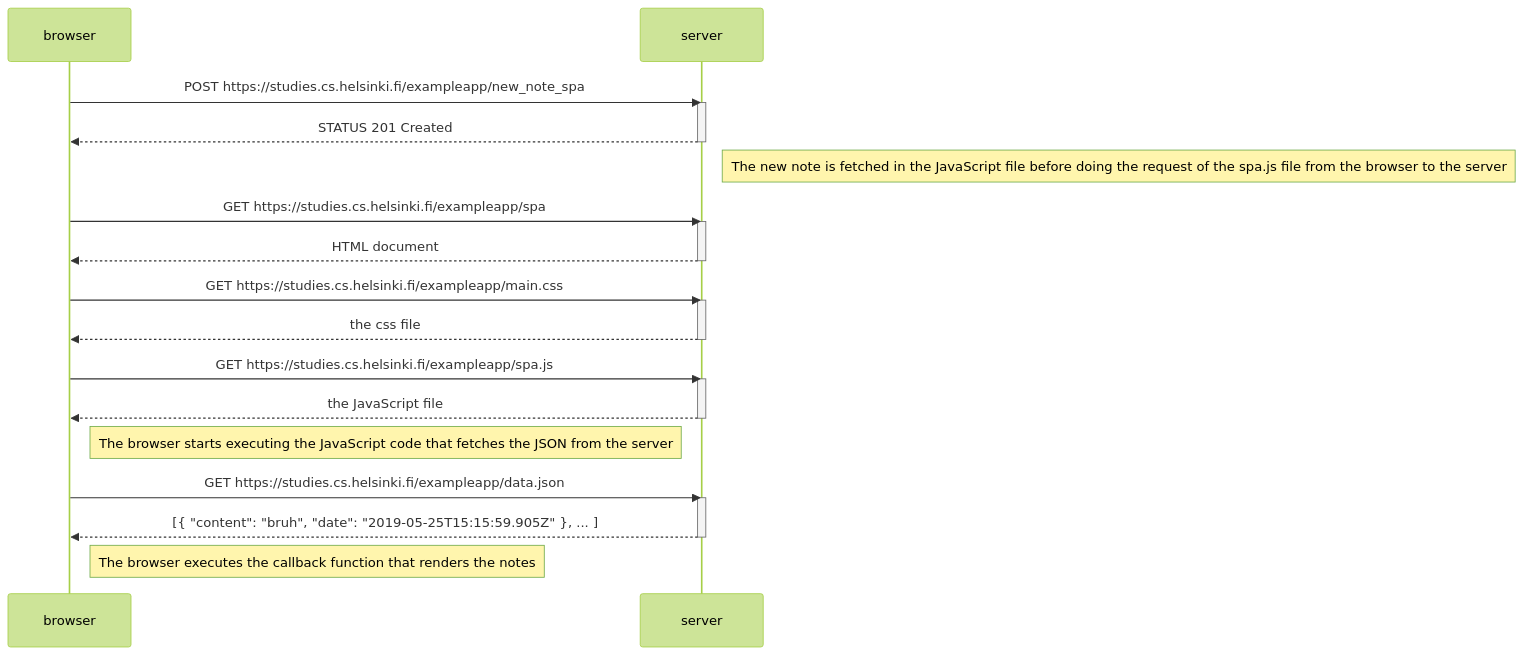
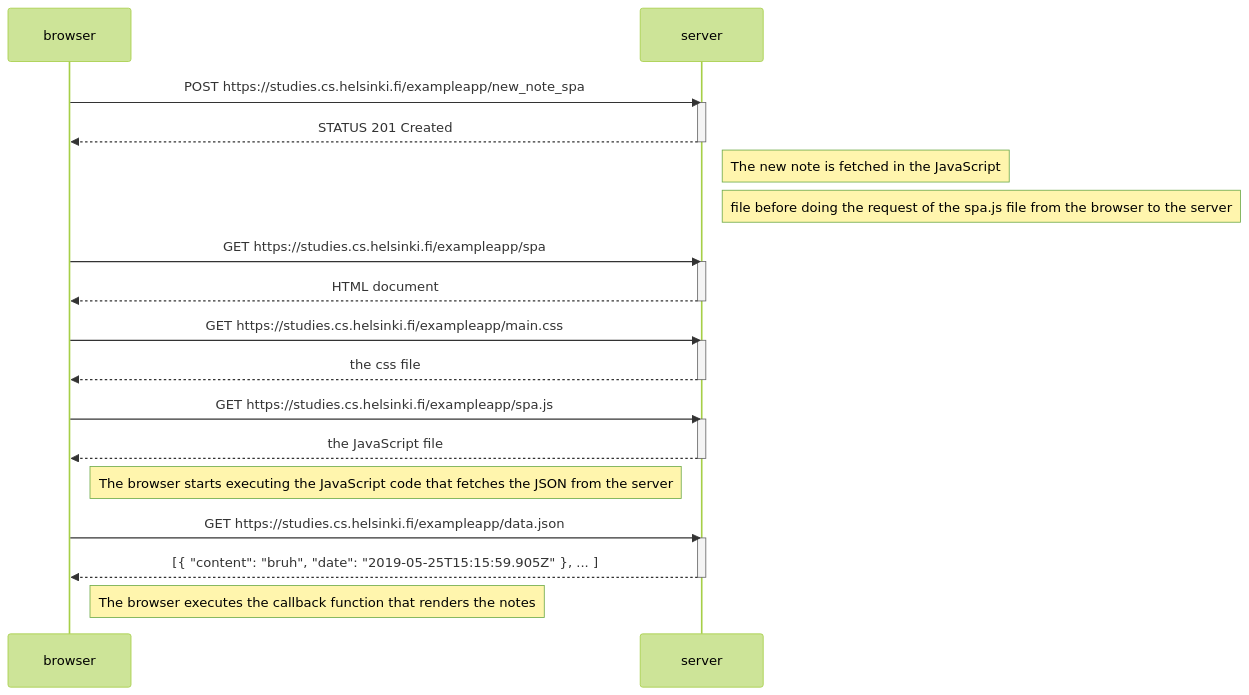
Before and after one commit to brianlagranda/fullstack-helsinki: the diagram in part0/exercise-0.6.md, drawn with Mermaid (forest theme).

````diff
--- a/part0/exercise-0.6.md
+++ b/part0/exercise-0.6.md
@@ -1,36 +1,37 @@
 ```mermaid
       sequenceDiagram
           participant browser
           participant server
 	  
 	  browser->>server: POST https://studies.cs.helsinki.fi/exampleapp/new_note_spa
           activate server
           server-->>browser: STATUS 201 Created
           deactivate server
 	  
-	  Note right of server: The new note is fetched in the JavaScript file before doing the request of the spa.js file from the browser to the server
+	  Note right of server: The new note is fetched in the JavaScript 
+	  Note right of server: file before doing the request of the spa.js file from the browser to the server
 		  
           browser->>server: GET https://studies.cs.helsinki.fi/exampleapp/spa
           activate server
           server-->>browser: HTML document
           deactivate server
 
           browser->>server: GET https://studies.cs.helsinki.fi/exampleapp/main.css
           activate server
           server-->>browser: the css file
           deactivate server
 
           browser->>server: GET https://studies.cs.helsinki.fi/exampleapp/spa.js
           activate server
           server-->>browser: the JavaScript file
           deactivate server
 
           Note right of browser: The browser starts executing the JavaScript code that fetches the JSON from the server
 
           browser->>server: GET https://studies.cs.helsinki.fi/exampleapp/data.json
           activate server
           server-->>browser: [{ "content": "bruh", "date": "2019-05-25T15:15:59.905Z" }, ... ]
           deactivate server
 
           Note right of browser: The browser executes the callback function that renders the notes
 ```
````
